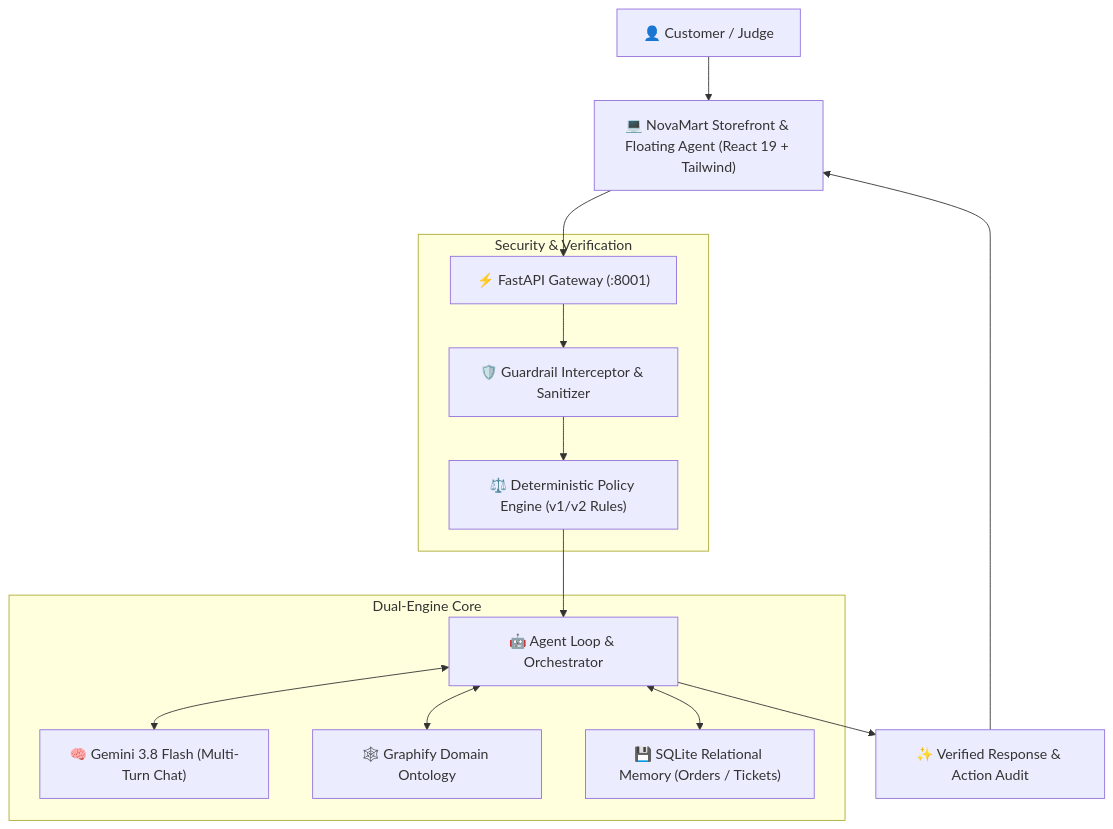
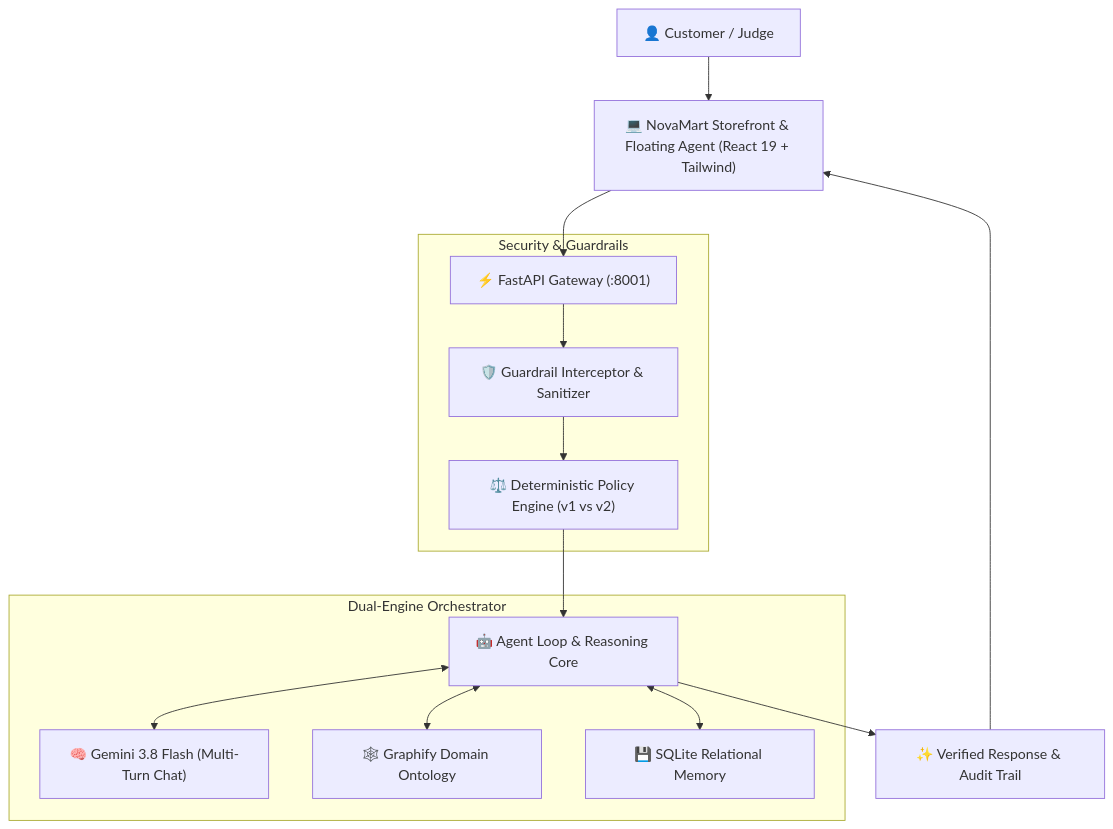
The diagram in README.md (shubhamsanjayvarma/Harringston-sTech_mantrayudha), drawn with Mermaid before and after one commit. The commit also changed other lines of this file, not shown here.

Commit message:
docs(readme): polish structure with system architecture, directory tree, and demo scenarios

````diff
--- a/README.md
+++ b/README.md
@@ -30,20 +31,20 @@
 ```mermaid
 flowchart TD
     User["👤 Customer / Judge"] --> UI["💻 NovaMart Storefront & Floating Agent (React 19 + Tailwind)"]
     UI --> API["⚡ FastAPI Gateway (:8001)"]
     
-    subgraph Security & Verification
+    subgraph Security & Guardrails
         API --> Guard["🛡️ Guardrail Interceptor & Sanitizer"]
-        Guard --> Policy["⚖️ Deterministic Policy Engine (v1/v2 Rules)"]
+        Guard --> Policy["⚖️ Deterministic Policy Engine (v1 vs v2)"]
     end
     
-    subgraph Dual-Engine Core
-        Policy --> Agent["🤖 Agent Loop & Orchestrator"]
+    subgraph Dual-Engine Orchestrator
+        Policy --> Agent["🤖 Agent Loop & Reasoning Core"]
         Agent <--> Gemini["🧠 Gemini 3.8 Flash (Multi-Turn Chat)"]
         Agent <--> Graph["🕸️ Graphify Domain Ontology"]
-        Agent <--> Memory["💾 SQLite Relational Memory (Orders / Tickets)"]
+        Agent <--> Memory["💾 SQLite Relational Memory"]
     end
     
-    Agent --> Response["✨ Verified Response & Action Audit"]
+    Agent --> Response["✨ Verified Response & Audit Trail"]
     Response --> UI
 ```
````
